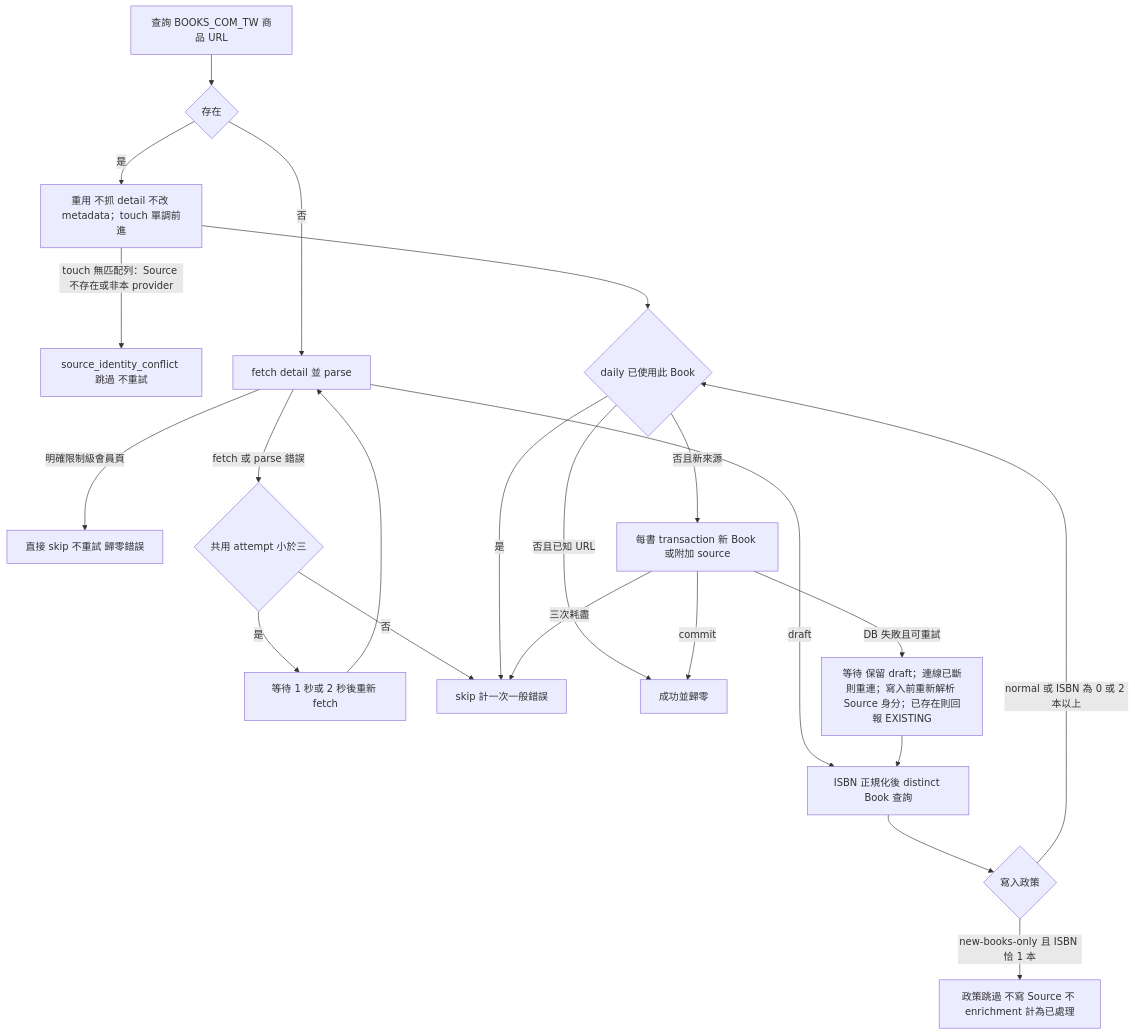
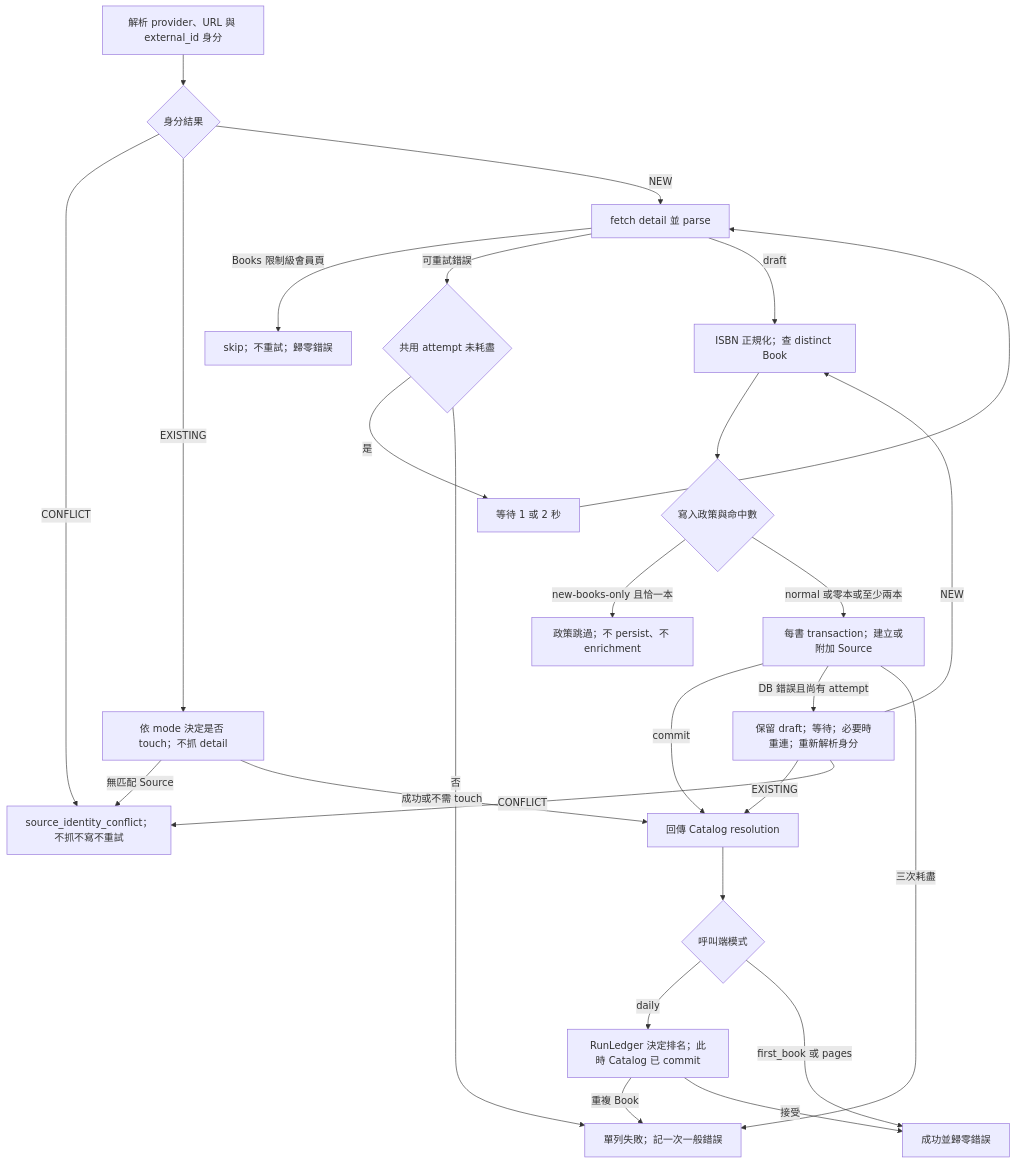
One commit to Arthur801/Book-Finder changed the second of 9 diagrams in crawler/docs/workflow-diagram.md. Above: the diagram before and after it, drawn with Mermaid. The commit also changed other lines of this file and 4 other files, not shown here.

Commit message:
docs(crawler): organize module docs and diagram runner workflows

````diff
--- a/crawler/docs/workflow-diagram.md
+++ b/crawler/docs/workflow-diagram.md
@@ -47,24 +45,29 @@
 ```mermaid
 flowchart TD
- A[查詢 BOOKS_COM_TW 商品 URL] --> B{存在}
- B -->|是| C[重用 不抓 detail 不改 metadata；touch 單調前進]
- C -->|touch 無匹配列：Source 不存在或非本 provider| N[source_identity_conflict 跳過 不重試]
- B -->|否| D[fetch detail 並 parse]
- D -->|明確限制級會員頁| E[直接 skip 不重試 歸零錯誤]
- D -->|fetch 或 parse 錯誤| F{共用 attempt 小於三}
- F -->|是| G[等待 1 秒或 2 秒後重新 fetch]
- G --> D
- F -->|否| H[skip 計一次一般錯誤]
- D -->|draft| I[ISBN 正規化後 distinct Book 查詢]
- C --> J{daily 已使用此 Book}
- I --> Q{寫入政策}
- Q -->|normal 或 ISBN 為 0 或 2 本以上| J
- Q -->|new-books-only 且 ISBN 恰 1 本| P[政策跳過 不寫 Source 不 enrichment 計為已處理]
- J -->|是| H
- J -->|否且已知 URL| K[成功並歸零]
- J -->|否且新來源| L[每書 transaction 新 Book 或附加 source]
- L -->|commit| K
- L -->|DB 失敗且可重試| M[等待 保留 draft；連線已斷則重連；寫入前重新解析 Source 身分；已存在則回報 EXISTING]
- M --> I
- L -->|三次耗盡| H
+ CI_START["解析 provider、URL 與 external_id 身分"] --> CI_ID{"身分結果"}
+ CI_ID -->|CONFLICT| CI_CONFLICT["source_identity_conflict；不抓不寫不重試"]
+ CI_ID -->|EXISTING| CI_TOUCH["依 mode 決定是否 touch；不抓 detail"]
+ CI_TOUCH -->|無匹配 Source| CI_CONFLICT
+ CI_TOUCH -->|成功或不需 touch| CI_ACCEPT["回傳 Catalog resolution"]
+ CI_ID -->|NEW| CI_DETAIL["fetch detail 並 parse"]
+ CI_DETAIL -->|Books 限制級會員頁| CI_RESTRICT["skip；不重試；歸零錯誤"]
+ CI_DETAIL -->|可重試錯誤| CI_RETRY{"共用 attempt 未耗盡"}
+ CI_RETRY -->|是| CI_WAIT["等待 1 或 2 秒"]
+ CI_WAIT --> CI_DETAIL
+ CI_RETRY -->|否| CI_FAIL["單列失敗；記一次一般錯誤"]
+ CI_DETAIL -->|draft| CI_ISBN["ISBN 正規化；查 distinct Book"]
+ CI_ISBN --> CI_POLICY{"寫入政策與命中數"}
+ CI_POLICY -->|new-books-only 且恰一本| CI_SKIP["政策跳過；不 persist、不 enrichment"]
+ CI_POLICY -->|normal 或零本或至少兩本| CI_WRITE["每書 transaction；建立或附加 Source"]
+ CI_WRITE -->|commit| CI_ACCEPT
+ CI_WRITE -->|DB 錯誤且尚有 attempt| CI_DB_RETRY["保留 draft；等待；必要時重連；重新解析身分"]
+ CI_DB_RETRY -->|EXISTING| CI_ACCEPT
+ CI_DB_RETRY -->|CONFLICT| CI_CONFLICT
+ CI_DB_RETRY -->|NEW| CI_ISBN
+ CI_WRITE -->|三次耗盡| CI_FAIL
+ CI_ACCEPT --> CI_MODE{"呼叫端模式"}
+ CI_MODE -->|daily| CI_RANK["RunLedger 決定排名；此時 Catalog 已 commit"]
+ CI_RANK -->|重複 Book| CI_FAIL
+ CI_RANK -->|接受| CI_SUCCESS["成功並歸零錯誤"]
+ CI_MODE -->|first_book 或 pages| CI_SUCCESS
 ```
````
